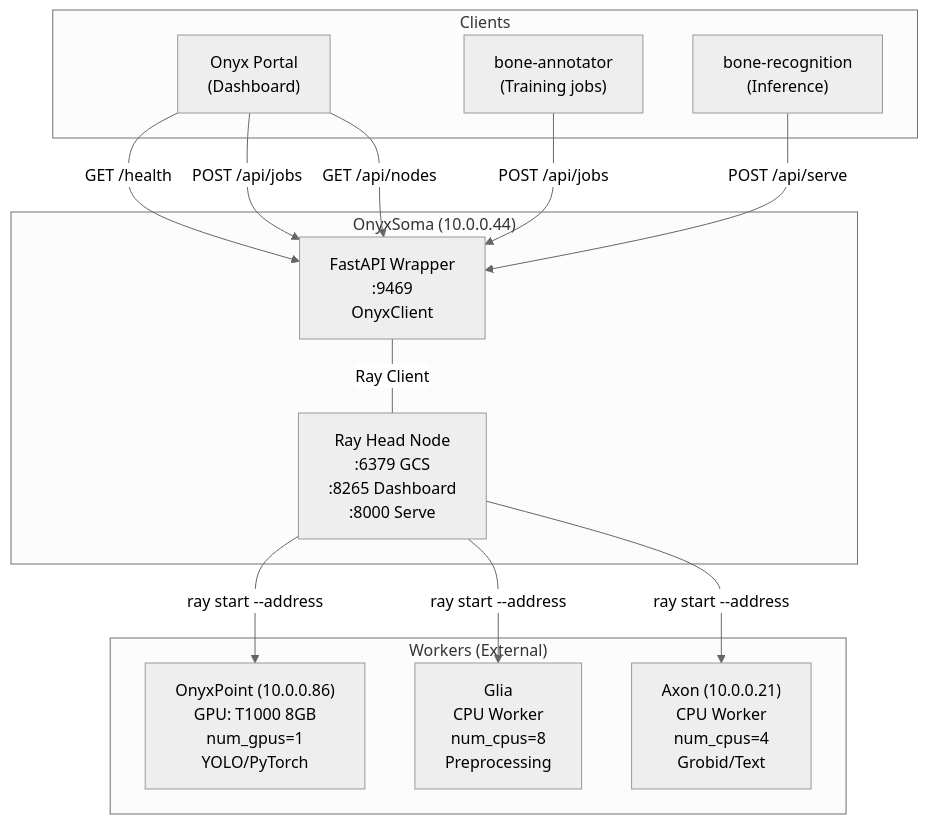
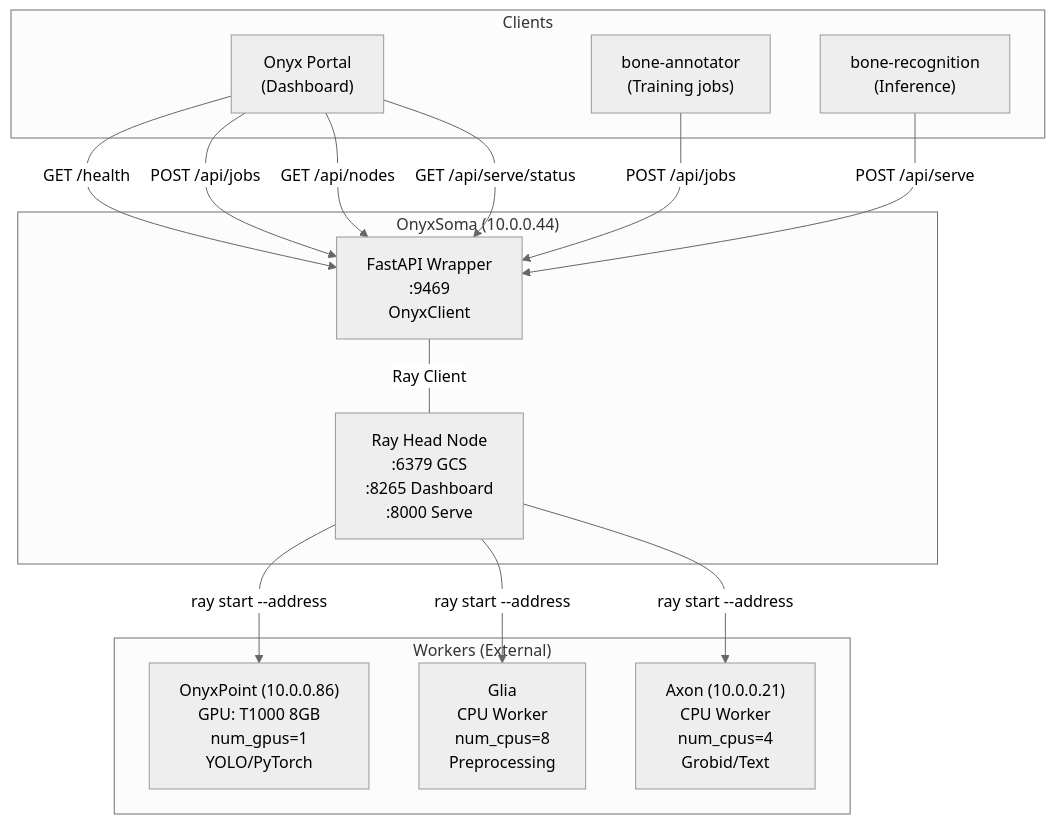
The first of 3 diagrams in DIAGRAM.md (VersoVet/ml-compute), drawn with Mermaid (neutral theme) before and after one commit. The commit also changed other lines of this file and 13 other files, not shown here.

````diff
--- a/DIAGRAM.md
+++ b/DIAGRAM.md
@@ -5,30 +5,31 @@
 ```mermaid
 graph TB
     subgraph Soma["OnyxSoma (10.0.0.44)"]
         API["FastAPI Wrapper<br/>:9469<br/>OnyxClient"]
         RayHead["Ray Head Node<br/>:6379 GCS<br/>:8265 Dashboard<br/>:8000 Serve"]
         API ---|Ray Client| RayHead
     end
 
     subgraph Workers["Workers (External)"]
         OP["OnyxPoint (10.0.0.86)<br/>GPU: T1000 8GB<br/>num_gpus=1<br/>YOLO/PyTorch"]
         Glia["Glia<br/>CPU Worker<br/>num_cpus=8<br/>Preprocessing"]
         Axon["Axon (10.0.0.21)<br/>CPU Worker<br/>num_cpus=4<br/>Grobid/Text"]
     end
 
     RayHead -->|ray start --address| OP
     RayHead -->|ray start --address| Glia
     RayHead -->|ray start --address| Axon
 
     subgraph Client["Clients"]
         Portal["Onyx Portal<br/>(Dashboard)"]
         BoneML["bone-annotator<br/>(Training jobs)"]
         BoneRec["bone-recognition<br/>(Inference)"]
     end
 
     Portal -->|GET /health| API
     Portal -->|POST /api/jobs| API
     Portal -->|GET /api/nodes| API
     BoneML -->|POST /api/jobs| API
     BoneRec -->|POST /api/serve| API
+    Portal -->|GET /api/serve/status| API
 ```
````
